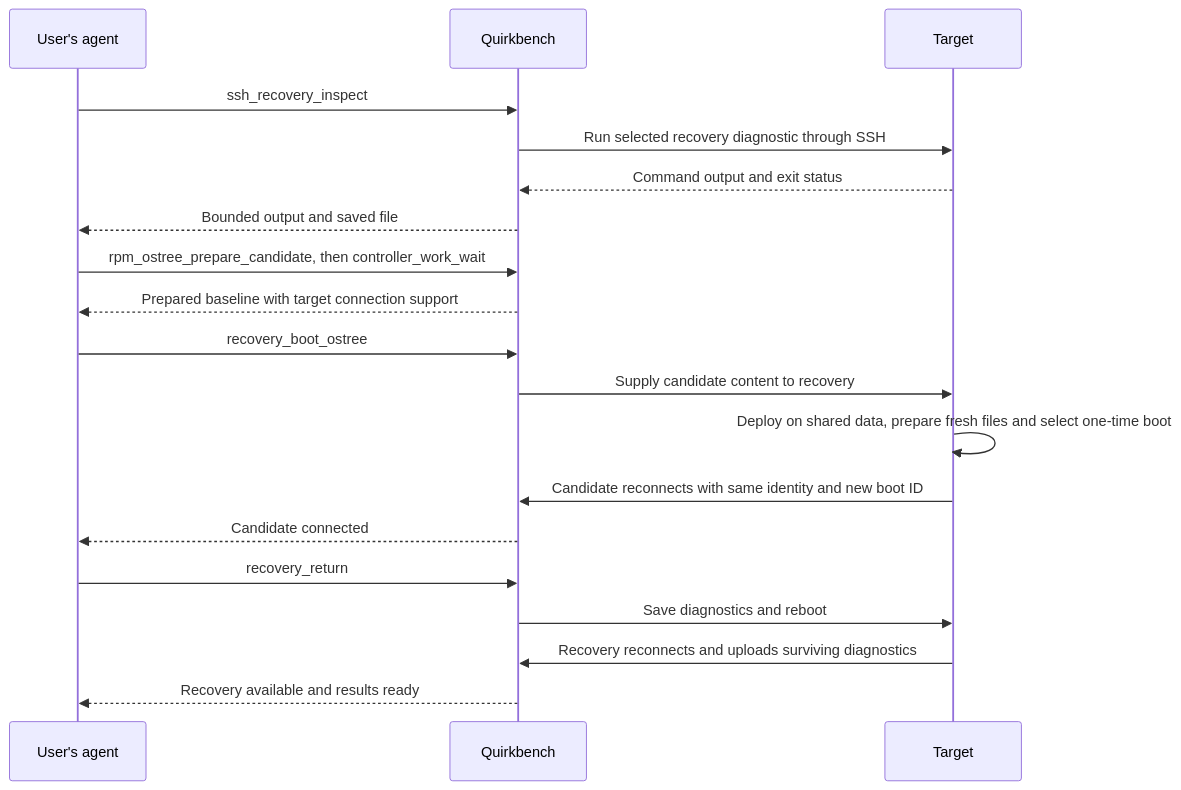
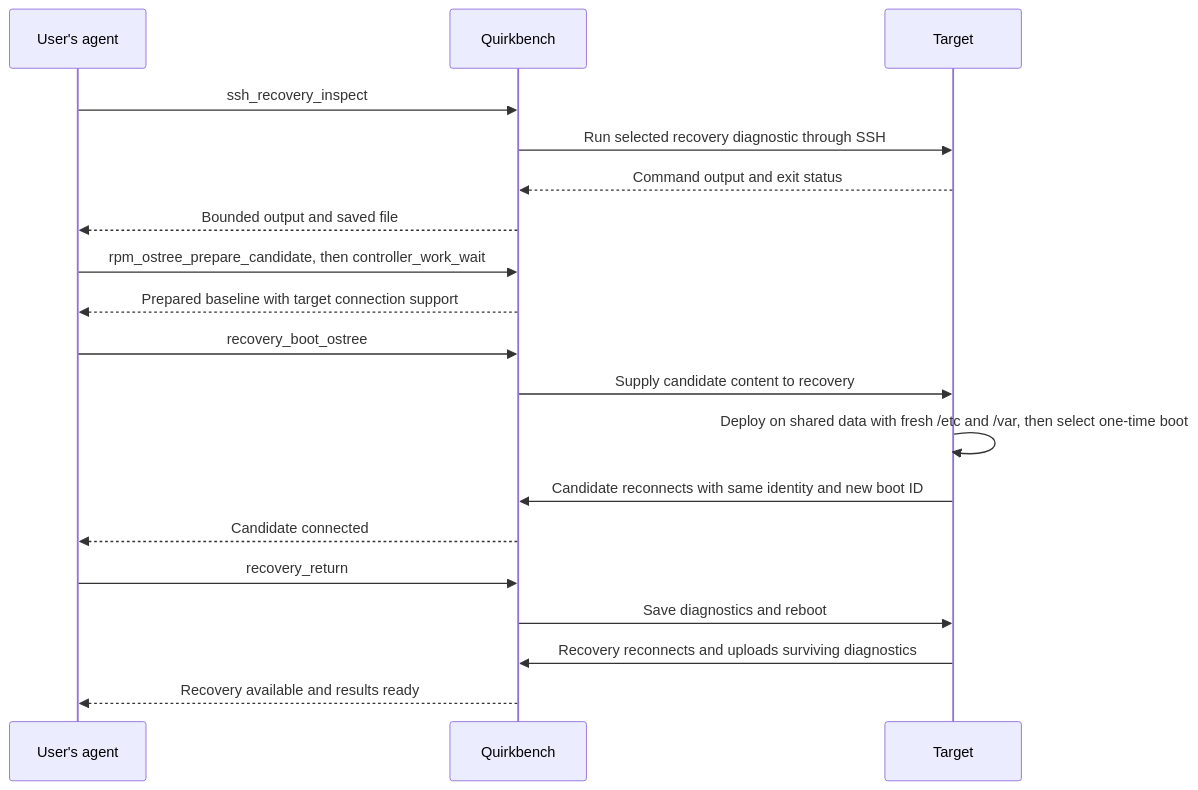
Before and after one commit to esper256/quirkbench: the second of 4 diagrams in docs/designs/component-sequence.md, drawn with Mermaid. The commit also changed 35 other files, not shown here.

````diff
--- a/docs/designs/component-sequence.md
+++ b/docs/designs/component-sequence.md
@@ -28,21 +28,21 @@
 ```mermaid
 sequenceDiagram
     participant Agent as User's agent
     participant Quirkbench
     participant Target
     Agent->>Quirkbench: ssh_recovery_inspect
     Quirkbench->>Target: Run selected recovery diagnostic through SSH
     Target-->>Quirkbench: Command output and exit status
     Quirkbench-->>Agent: Bounded output and saved file
     Agent->>Quirkbench: rpm_ostree_prepare_candidate, then controller_work_wait
     Quirkbench-->>Agent: Prepared baseline with target connection support
     Agent->>Quirkbench: recovery_boot_ostree
     Quirkbench->>Target: Supply candidate content to recovery
-    Target->>Target: Deploy on shared data, prepare fresh files and select one-time boot
+    Target->>Target: Deploy on shared data with fresh /etc and /var, then select one-time boot
     Target->>Quirkbench: Candidate reconnects with same identity and new boot ID
     Quirkbench-->>Agent: Candidate connected
     Agent->>Quirkbench: recovery_return
     Quirkbench->>Target: Save diagnostics and reboot
     Target->>Quirkbench: Recovery reconnects and uploads surviving diagnostics
     Quirkbench-->>Agent: Recovery available and results ready
 ```
````
